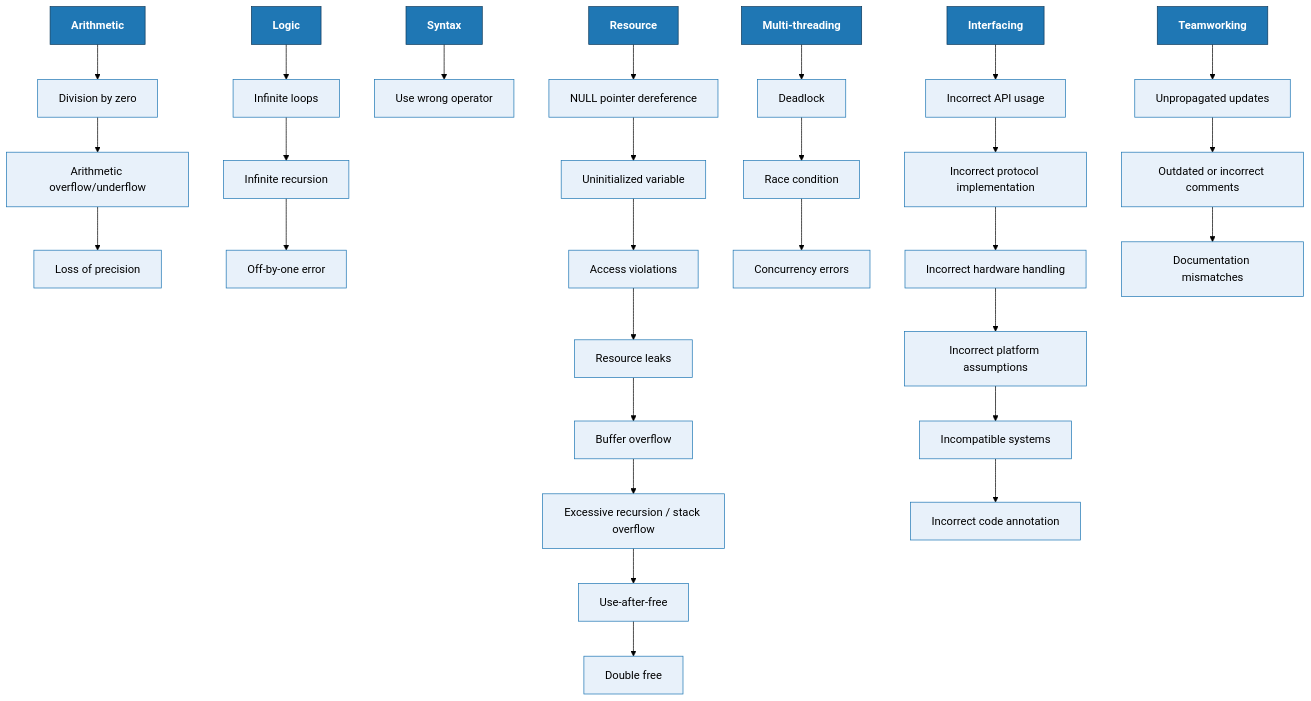
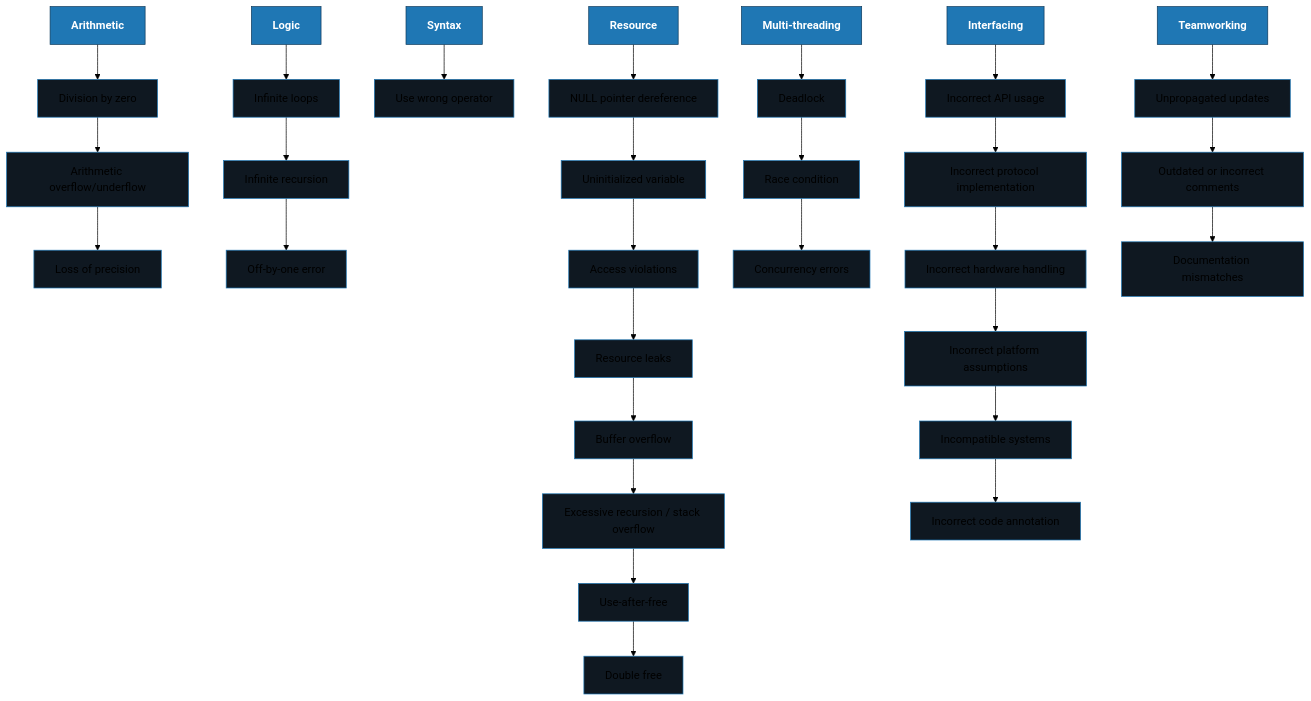
One commit to adolfcna/ATTvDEF changed the diagram in content/Initial Access/Exploit Public-Facing Application T1190/BUG.md. Above: the diagram before and after it, drawn with Mermaid (forest theme).

Commit message:
vault backup: 2026-05-30 12:04:40

````diff
--- a/content/Initial Access/Exploit Public-Facing Application T1190/BUG.md
+++ b/content/Initial Access/Exploit Public-Facing Application T1190/BUG.md
@@ -2,64 +2,64 @@
 ```mermaid
 flowchart TD
 
     classDef col fill:#1f77b4,stroke:#0d3a5c,color:white,font-weight:bold;
-    classDef cell fill:#e8f1fa,stroke:#1f77b4,color:#000;
+    classDef cell fill:#0f1821,stroke:#1f77b4,color:#000;
 
     %% Column Titles
     A[Arithmetic]:::col
     B[Logic]:::col
     C[Syntax]:::col
     D[Resource]:::col
     E[Multi-threading]:::col
     F[Interfacing]:::col
     G[Teamworking]:::col
 
     %% Arithmetic
     A1[Division by zero]:::cell
     A2[Arithmetic overflow/underflow]:::cell
     A3[Loss of precision]:::cell
     A --> A1 --> A2 --> A3
 
     %% Logic
     B1[Infinite loops]:::cell
     B2[Infinite recursion]:::cell
     B3[Off-by-one error]:::cell
     B --> B1 --> B2 --> B3
 
     %% Syntax
     C1[Use wrong operator]:::cell
     C --> C1
 
     %% Resource
     D1[NULL pointer dereference]:::cell
     D2[Uninitialized variable]:::cell
     D3[Access violations]:::cell
     D4[Resource leaks]:::cell
     D5[Buffer overflow]:::cell
     D6[Excessive recursion / stack overflow]:::cell
     D7[Use-after-free]:::cell
     D8[Double free]:::cell
     D --> D1 --> D2 --> D3 --> D4 --> D5 --> D6 --> D7 --> D8
 
     %% Multi-threading
     E1[Deadlock]:::cell
     E2[Race condition]:::cell
     E3[Concurrency errors]:::cell
     E --> E1 --> E2 --> E3
 
     %% Interfacing
     F1[Incorrect API usage]:::cell
     F2[Incorrect protocol implementation]:::cell
     F3[Incorrect hardware handling]:::cell
     F4[Incorrect platform assumptions]:::cell
     F5[Incompatible systems]:::cell
     F6[Incorrect code annotation]:::cell
     F --> F1 --> F2 --> F3 --> F4 --> F5 --> F6
 
     %% Teamworking
     G1[Unpropagated updates]:::cell
     G2[Outdated or incorrect comments]:::cell
     G3[Documentation mismatches]:::cell
     G --> G1 --> G2 --> G3
 
 ```
````
